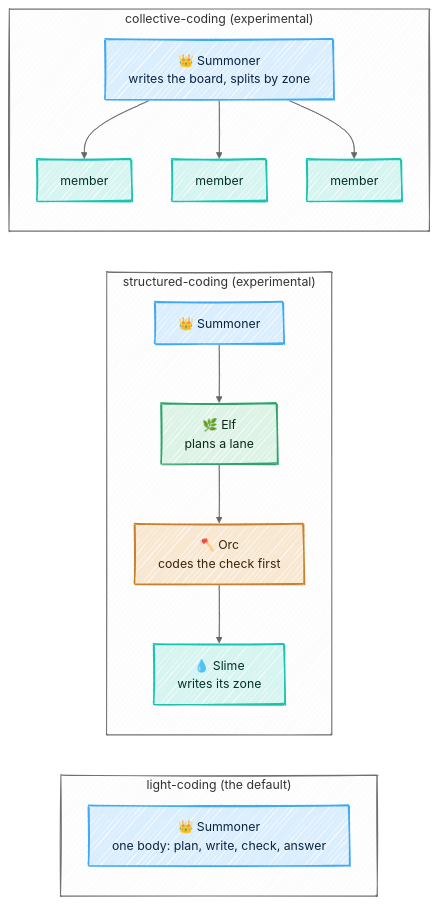
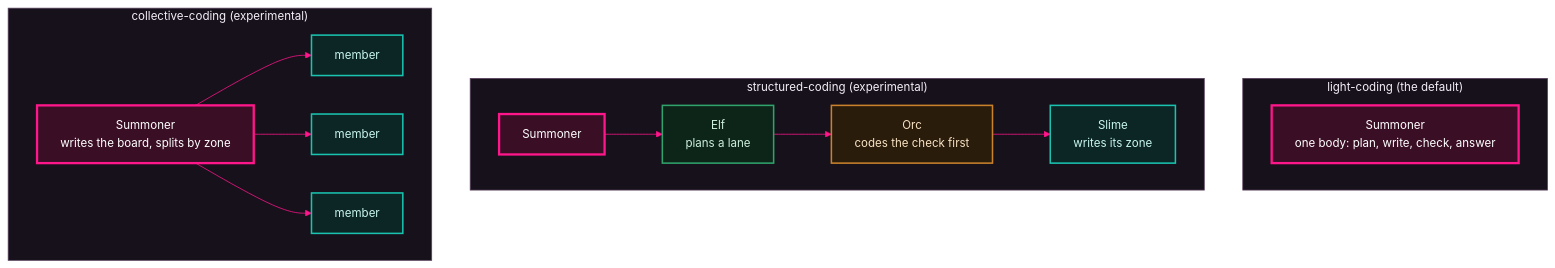
The diagram in docs/experimental/modes.md (Kaginari/mikata), drawn with Mermaid before and after one commit. The commit also changed 46 other files, not shown here.

````diff
--- a/docs/experimental/modes.md
+++ b/docs/experimental/modes.md
@@ -12,31 +12,76 @@
 ```mermaid
 ---
 config:
-  look: handDrawn
-  theme: neutral
+  theme: base
+  themeVariables:
+    darkMode: true
+    background: "#0d0b10"
+    fontFamily: "Inter, Segoe UI, system-ui, -apple-system, Helvetica, Arial, sans-serif"
+    fontSize: "15px"
+    primaryColor: "#211824"
+    primaryTextColor: "#f5eff7"
+    primaryBorderColor: "#ff168a"
+    secondaryColor: "#2c2030"
+    secondaryTextColor: "#f5eff7"
+    secondaryBorderColor: "#ff655c"
+    tertiaryColor: "#16111b"
+    tertiaryTextColor: "#f5eff7"
+    tertiaryBorderColor: "#59405d"
+    lineColor: "#ff168a"
+    textColor: "#f5eff7"
+    titleColor: "#f5eff7"
+    edgeLabelBackground: "#16111b"
+    clusterBkg: "#16111b"
+    clusterBorder: "#59405d"
+    noteBkgColor: "#332711"
+    noteTextColor: "#ffe1a8"
+    noteBorderColor: "#ffb020"
+    actorBkg: "#211824"
+    actorBorder: "#ff168a"
+    actorTextColor: "#f5eff7"
+    actorLineColor: "#59405d"
+    signalColor: "#ff655c"
+    signalTextColor: "#f5eff7"
+    labelBoxBkgColor: "#211824"
+    labelBoxBorderColor: "#ff168a"
+    labelTextColor: "#f5eff7"
+    loopTextColor: "#f5eff7"
+    activationBkgColor: "#3a0f26"
+    activationBorderColor: "#ff168a"
+    sequenceNumberColor: "#0d0b10"
+    transitionColor: "#ff168a"
+    transitionLabelColor: "#f5eff7"
+    stateLabelColor: "#f5eff7"
+    stateBkg: "#211824"
+    labelBackgroundColor: "#16111b"
+    compositeBackground: "#16111b"
+    compositeTitleBackground: "#211824"
+    altBackground: "#16111b"
+    specialStateColor: "#b6f542"
+    innerEndBackground: "#b6f542"
   flowchart:
     wrappingWidth: 360
 ---
-flowchart LR
+flowchart TD
     subgraph light["light-coding (the default)"]
-      L1["👑 Summoner<br/>one body: plan, write, check, answer"]
+      L1["Summoner<br/>one body: plan, write, check, answer"]
     end
     subgraph structured["structured-coding (experimental)"]
-      S1["👑 Summoner"] --> S2["🌿 Elf<br/>plans a lane"]
-      S2 --> S3["🪓 Orc<br/>codes the check first"]
-      S3 --> S4["💧 Slime<br/>writes its zone"]
+      S1["Summoner"] --> S2["Elf<br/>plans a lane"]
+      S2 --> S3["Orc<br/>codes the check first"]
+      S3 --> S4["Slime<br/>writes its zone"]
     end
     subgraph collective["collective-coding (experimental)"]
-      C1["👑 Summoner<br/>writes the board, splits by zone"] --> C2["member"]
+      C1["Summoner<br/>writes the board, splits by zone"] --> C2["member"]
       C1 --> C3["member"]
       C1 --> C4["member"]
     end
-    classDef throne fill:#dbeefe,stroke:#3FA9F5,stroke-width:2px,color:#0b2540
+    classDef throne fill:#3a0f26,stroke:#ff168a,stroke-width:3px,color:#ffffff
     class L1,S1,C1 throne
-    classDef elf fill:#dcf3e6,stroke:#2FA36B,stroke-width:2px,color:#0b2a1a
+    classDef elf fill:#0d2419,stroke:#2fa36b,stroke-width:2px,color:#cdf0dc
     class S2 elf
-    classDef orc fill:#f8e8d2,stroke:#C9822B,stroke-width:2px,color:#3a2408
+    classDef orc fill:#2a1c0b,stroke:#c9822b,stroke-width:2px,color:#f8e2c4
     class S3 orc
-    classDef slime fill:#d6f5f1,stroke:#19C3B0,stroke-width:2px,color:#06302b
+    classDef slime fill:#0b2624,stroke:#19c3b0,stroke-width:2px,color:#c9f6f0
     class S4,C2,C3,C4 slime
 ```
````
